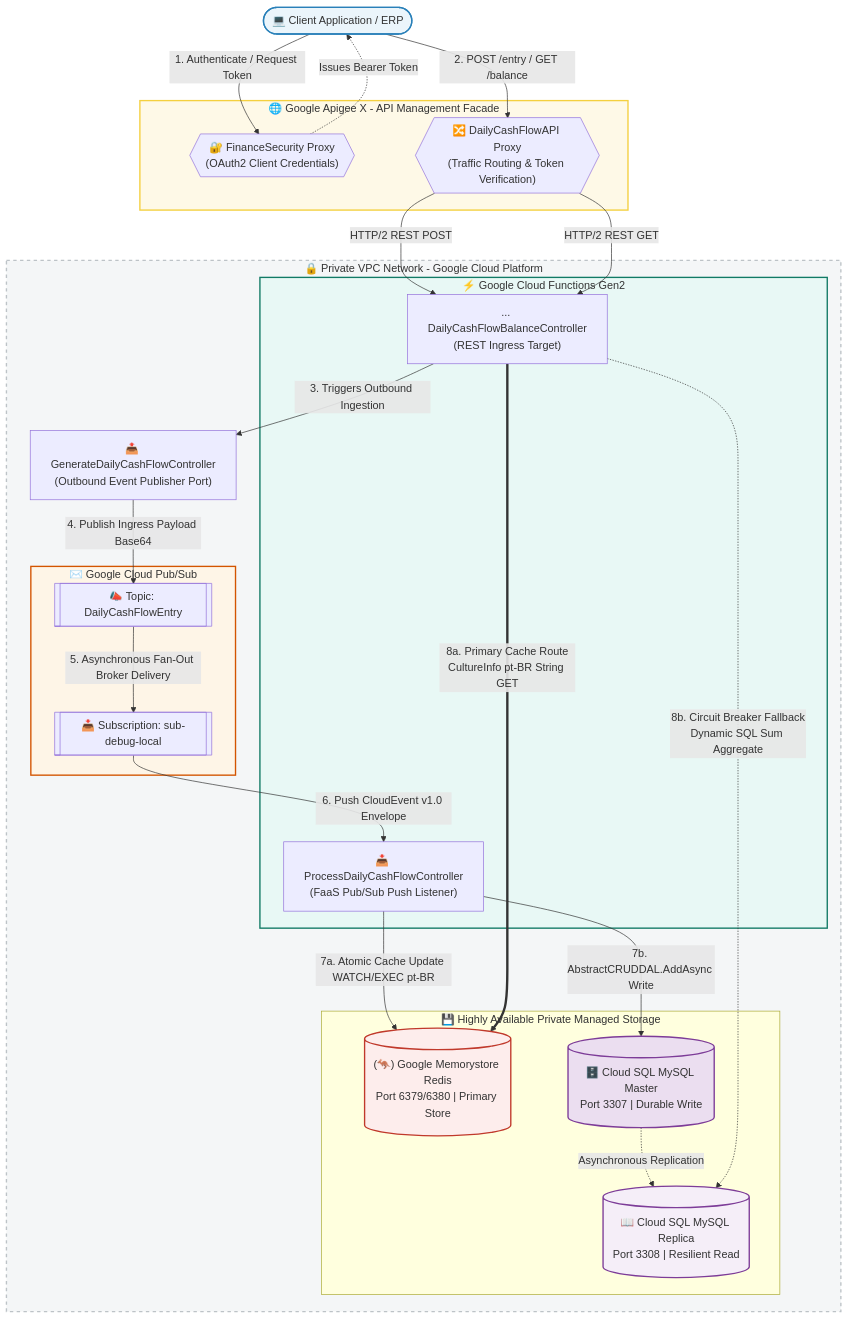
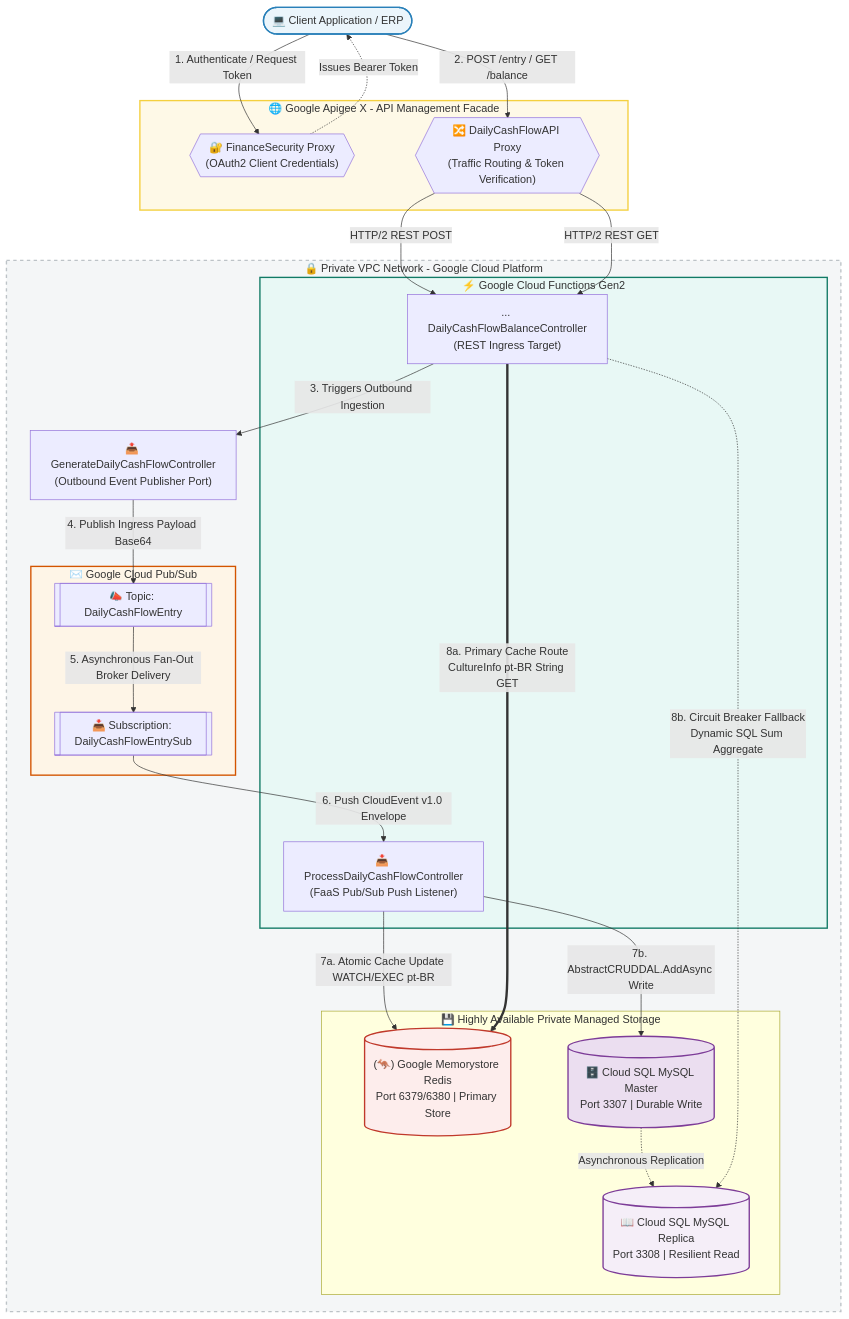
One commit to wellamaral2007/DailyCashFlowAPI changed the third of 4 diagrams in README.md. Above: the diagram before and after it, drawn with Mermaid. The commit also changed other lines of this file and 336 other files, not shown here.

````diff
--- a/README.md
+++ b/README.md
@@ -340,75 +342,75 @@
 ```mermaid
 graph TB
     %% Nodes Definition with GCP Tech Icon Emulators
     Client([💻 Client Application / ERP])
     
     subgraph Apigee_Layer [🌐 Google Apigee X - API Management Facade]
         Apigee_Sec{{"🔐 FinanceSecurity Proxy<br/>(OAuth2 Client Credentials)"}}
         Apigee_API{{"🔀 DailyCashFlowAPI Proxy<br/>(Traffic Routing & Token Verification)"}}
     end
 
     subgraph VPC_Mesh [🔒 Private VPC Network - Google Cloud Platform]
         subgraph FaaS_Pool [⚡ Google Cloud Functions Gen2]
             HTTP_Controller["... DailyCashFlowBalanceController<br/>(REST Ingress Target)"]
             EDA_Controller["📥 ProcessDailyCashFlowController<br/>(FaaS Pub/Sub Push Listener)"]
         end
 
         subgraph Broker_Layer [✉️ Google Cloud Pub/Sub]
             PubSub_Topic[["📣 Topic: DailyCashFlowEntry"]]
-            PubSub_Sub[["📥 Subscription: sub-debug-local"]]
+            PubSub_Sub[["📥 Subscription: DailyCashFlowEntrySub"]]
         end
 
         subgraph Storage_Layer [💾 Highly Available Private Managed Storage]
             Redis_Cache[("(🦘) Google Memorystore Redis<br/>Port 6379/6380 | Primary Store")]
             MySQL_Master[("🗄️ Cloud SQL MySQL Master<br/>Port 3307 | Durable Write")]
             MySQL_Replica[("📖 Cloud SQL MySQL Replica<br/>Port 3308 | Resilient Read")]
         end
         
         %% Outbound Publisher Boundary
         Generate_Ctrl["📤 GenerateDailyCashFlowController<br/>(Outbound Event Publisher Port)"]
     end
 
     %% ============================================================================
     %% 🚀 1. INGRESS & SECURE HANDSHAKE FLOW
     %% ============================================================================
     Client -->|1. Authenticate / Request Token| Apigee_Sec
     Apigee_Sec -.->|Issues Bearer Token| Client
     Client -->|2. POST /entry / GET /balance| Apigee_API
     
     %% ============================================================================
     %% ✍️ 2. CQRS WRITE PATH & SAGA CHOREOGRAPHY (POST)
     %% ============================================================================
     Apigee_API -->|HTTP/2 REST POST| HTTP_Controller
     HTTP_Controller -->|3. Triggers Outbound Ingestion| Generate_Ctrl
     Generate_Ctrl -->|4. Publish Ingress Payload Base64| PubSub_Topic
     
     PubSub_Topic -->|5. Asynchronous Fan-Out Broker Delivery| PubSub_Sub
     PubSub_Sub -->|6. Push CloudEvent v1.0 Envelope| EDA_Controller
     
     EDA_Controller -->|7a. Atomic Cache Update WATCH/EXEC pt-BR| Redis_Cache
     EDA_Controller -->|7b. AbstractCRUDDAL.AddAsync Write| MySQL_Master
     MySQL_Master -.->|Asynchronous Replication| MySQL_Replica
 
     %% ============================================================================
     %% 📖 3. CQRS READ PATH & CIRCUIT BREAKER FLOW (GET)
     %% ============================================================================
     Apigee_API -->|HTTP/2 REST GET| HTTP_Controller
     
     %% Primary Read Target tries the Redis Cache-Aside Engine [1.1]
     HTTP_Controller ==> |8a. Primary Cache Route<br/>CultureInfo pt-BR String GET| Redis_Cache
     
     %% Resilient Fallback triggered by Circuit Breaker if Redis fails [11.12]
     HTTP_Controller -.-> |8b. Circuit Breaker Fallback<br/>Dynamic SQL Sum Aggregate| MySQL_Replica
 
     %% ============================================================================
     %% 🎨 STYLING THEME CONFIGURATIONS
     %% ============================================================================
     style Client fill:#EBF5FB,stroke:#2980B9,stroke-width:2px;
     style Apigee_Layer fill:#FEF9E7,stroke:#F4D03F,stroke-width:2px;
     style VPC_Mesh fill:#F4F6F7,stroke:#BDC3C7,stroke-width:2px,stroke-dasharray: 5 5;
     style FaaS_Pool fill:#E8F8F5,stroke:#117A65,stroke-width:2px;
     style Broker_Layer fill:#FEF5E7,stroke:#D35400,stroke-width:2px;
     style Redis_Cache fill:#FDEDEC,stroke:#C0392B,stroke-width:2px;
     style MySQL_Master fill:#EBDEF0,stroke:#7D3C98,stroke-width:2px;
     style MySQL_Replica fill:#F5EEF8,stroke:#7D3C98,stroke-width:2px;
 ```
````
